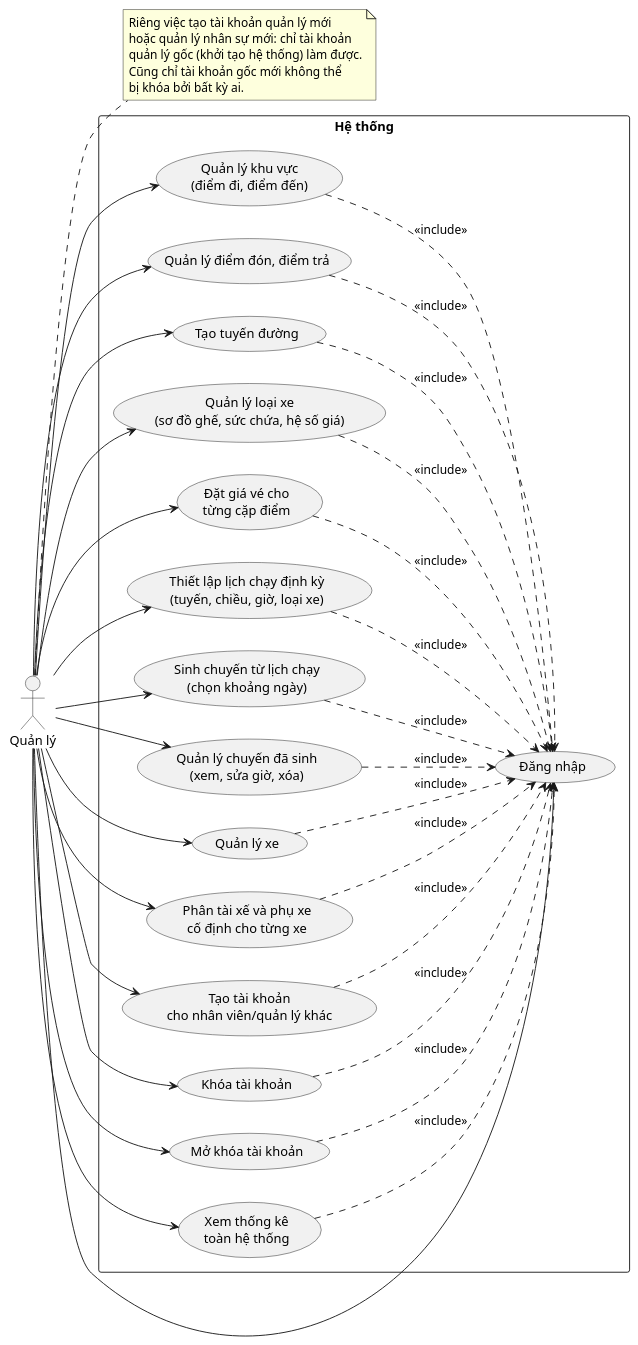
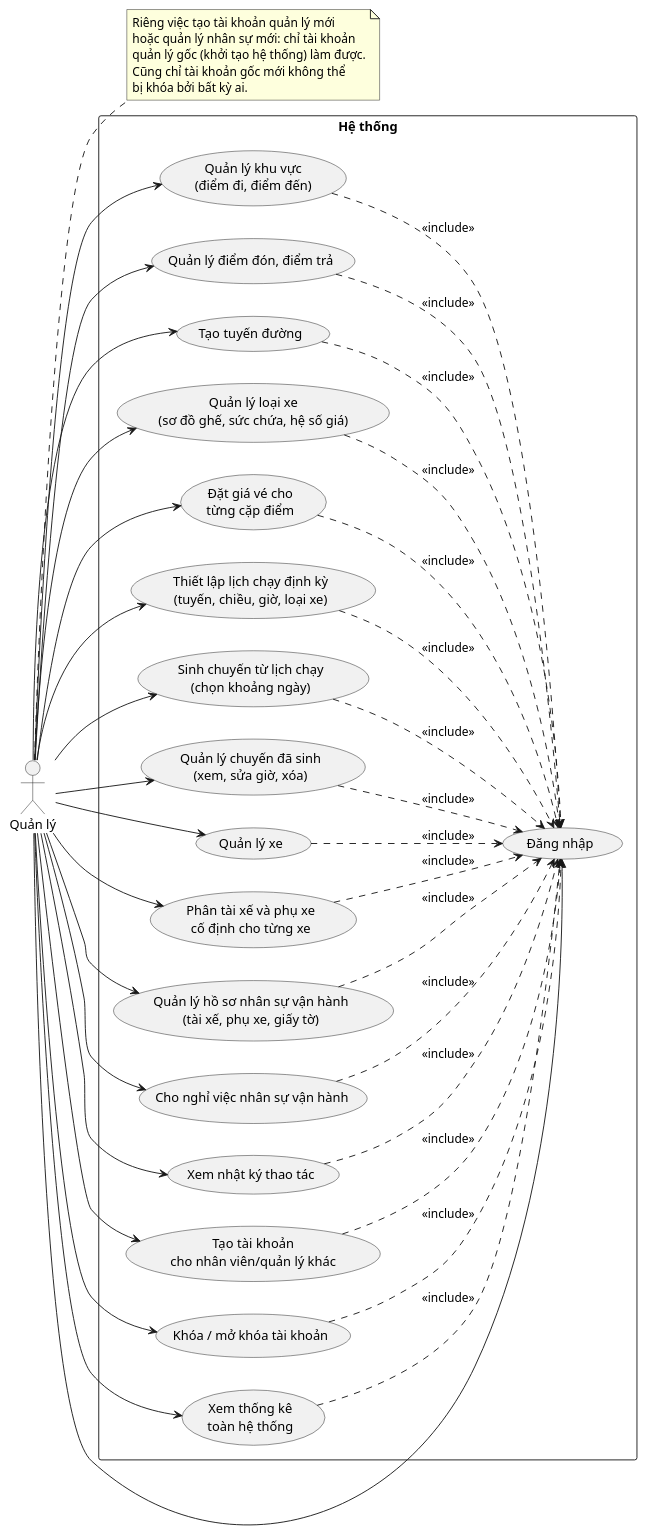
Before and after one commit to nguyenvietanhit19/Project1_HeThongQuanLyNhaXeKhachLienTinh: the sixth of 48 diagrams in UML_DIAGRAMS.md, drawn with PlantUML. The commit also changed other lines of this file and 10 other files, not shown here.

````diff
--- a/UML_DIAGRAMS.md
+++ b/UML_DIAGRAMS.md
@@ -204,62 +192,68 @@
 ```plantuml
 @startuml UseCase_QuanLy
 left to right direction
 actor "Quản lý" as QL
 note right of QL
   Riêng việc tạo tài khoản quản lý mới
   hoặc quản lý nhân sự mới: chỉ tài khoản
   quản lý gốc (khởi tạo hệ thống) làm được.
   Cũng chỉ tài khoản gốc mới không thể
   bị khóa bởi bất kỳ ai.
 end note
 
 rectangle "Hệ thống" {
   usecase "Đăng nhập" as UC02
   usecase "Quản lý khu vực\n(điểm đi, điểm đến)" as UC29
   usecase "Quản lý điểm đón, điểm trả" as UC30
   usecase "Tạo tuyến đường" as UC31
   usecase "Quản lý loại xe\n(sơ đồ ghế, sức chứa, hệ số giá)" as UC32
   usecase "Đặt giá vé cho\ntừng cặp điểm" as UC33
   usecase "Thiết lập lịch chạy định kỳ\n(tuyến, chiều, giờ, loại xe)" as UC18
   usecase "Sinh chuyến từ lịch chạy\n(chọn khoảng ngày)" as UC47
   usecase "Quản lý chuyến đã sinh\n(xem, sửa giờ, xóa)" as UC48
   usecase "Quản lý xe" as UC34
   usecase "Phân tài xế và phụ xe\ncố định cho từng xe" as UC35
+  usecase "Quản lý hồ sơ nhân sự vận hành\n(tài xế, phụ xe, giấy tờ)" as UC49
+  usecase "Cho nghỉ việc nhân sự vận hành" as UC51
+  usecase "Xem nhật ký thao tác" as UC52
   usecase "Tạo tài khoản\ncho nhân viên/quản lý khác" as UC36
-  usecase "Khóa tài khoản" as UC37
-  usecase "Mở khóa tài khoản" as UC38
+  usecase "Khóa / mở khóa tài khoản" as UC37
   usecase "Xem thống kê\ntoàn hệ thống" as UC39
 }
 
 QL --> UC02
 QL --> UC29
 QL --> UC30
 QL --> UC31
 QL --> UC32
 QL --> UC33
 QL --> UC18
 QL --> UC47
 QL --> UC48
 QL --> UC34
 QL --> UC35
+QL --> UC49
+QL --> UC51
+QL --> UC52
 QL --> UC36
 QL --> UC37
-QL --> UC38
 QL --> UC39
 
 UC29 ..> UC02 : <<include>>
 UC30 ..> UC02 : <<include>>
 UC31 ..> UC02 : <<include>>
 UC32 ..> UC02 : <<include>>
 UC33 ..> UC02 : <<include>>
 UC18 ..> UC02 : <<include>>
 UC47 ..> UC02 : <<include>>
 UC48 ..> UC02 : <<include>>
 UC34 ..> UC02 : <<include>>
 UC35 ..> UC02 : <<include>>
+UC49 ..> UC02 : <<include>>
+UC51 ..> UC02 : <<include>>
+UC52 ..> UC02 : <<include>>
 UC36 ..> UC02 : <<include>>
 UC37 ..> UC02 : <<include>>
-UC38 ..> UC02 : <<include>>
 UC39 ..> UC02 : <<include>>
 @enduml
 ```
````
